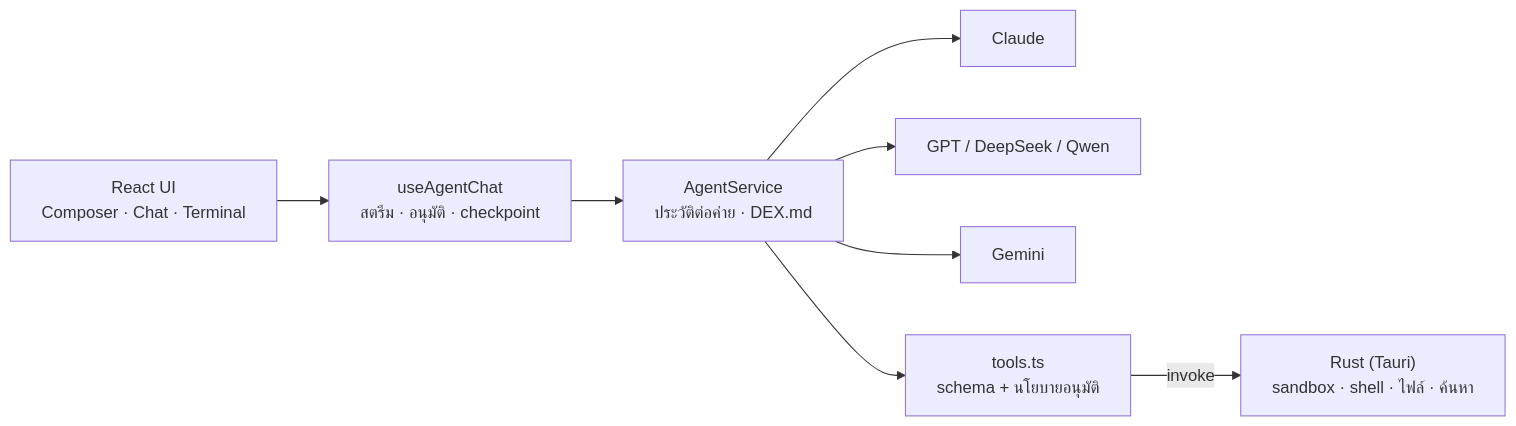
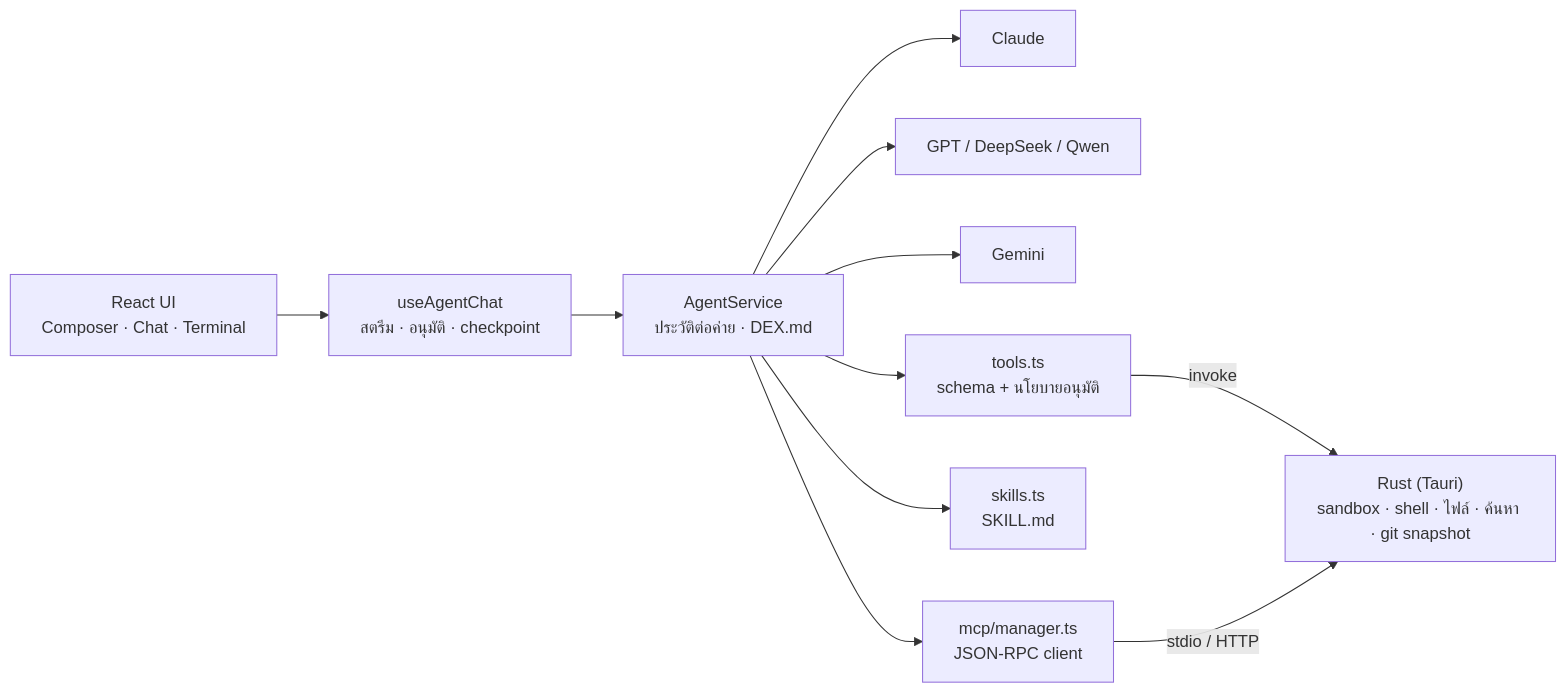
The diagram in README.md (Thawatchai-Yodyeam/Dex-AI-coding-agent), drawn with Mermaid before and after one commit. The commit also changed other lines of this file and 50 other files, not shown here.

````diff
--- a/README.md
+++ b/README.md
@@ -122,10 +166,13 @@
 ```mermaid
 flowchart LR
     UI["React UI<br/>Composer · Chat · Terminal"] --> Hook["useAgentChat<br/>สตรีม · อนุมัติ · checkpoint"]
     Hook --> Svc["AgentService<br/>ประวัติต่อค่าย · DEX.md"]
     Svc --> P1["Claude"]
     Svc --> P2["GPT / DeepSeek / Qwen"]
     Svc --> P3["Gemini"]
     Svc --> Tools["tools.ts<br/>schema + นโยบายอนุมัติ"]
-    Tools -->|invoke| Rust["Rust (Tauri)<br/>sandbox · shell · ไฟล์ · ค้นหา"]
+    Svc --> Skills["skills.ts<br/>SKILL.md"]
+    Svc --> MCP["mcp/manager.ts<br/>JSON-RPC client"]
+    Tools -->|invoke| Rust["Rust (Tauri)<br/>sandbox · shell · ไฟล์ · ค้นหา · git snapshot"]
+    MCP -->|stdio / HTTP| Rust
 ```
````
